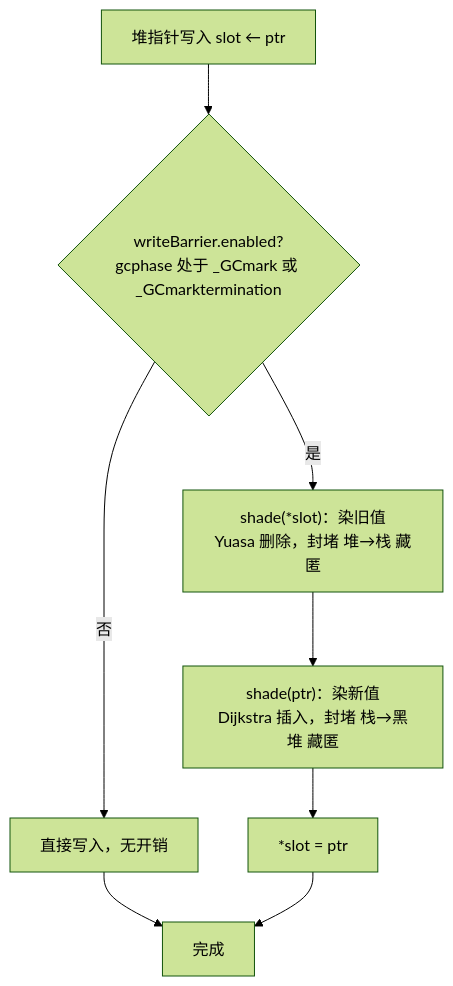
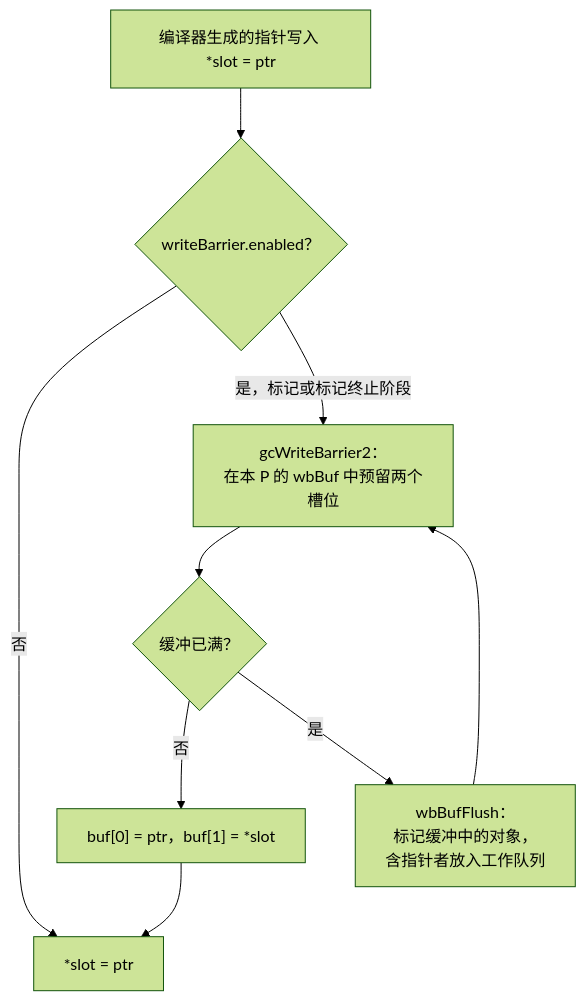
The diagram in book/zh-cn/part4memory/ch13gc/barrier.md (golang-design/under-the-hood), drawn with Mermaid (forest theme) before and after one commit. The commit also changed other lines of this file and 13 other files, not shown here.

````diff
--- a/book/zh-cn/part4memory/ch13gc/barrier.md
+++ b/book/zh-cn/part4memory/ch13gc/barrier.md
@@ -174,10 +230,11 @@
 ```mermaid
 flowchart TD
-    W["堆指针写入 slot ← ptr"] --> EN{"writeBarrier.enabled?<br/>gcphase 处于 _GCmark 或 _GCmarktermination"}
-    EN -->|否| DIRECT["直接写入，无开销"]
-    EN -->|是| SHADE1["shade(*slot)：染旧值<br/>Yuasa 删除，封堵 堆→栈 藏匿"]
-    SHADE1 --> SHADE2["shade(ptr)：染新值<br/>Dijkstra 插入，封堵 栈→黑堆 藏匿"]
-    SHADE2 --> STORE["*slot = ptr"]
-    DIRECT --> DONE["完成"]
-    STORE --> DONE
+    W["编译器生成的指针写入 *slot = ptr"] --> EN{"writeBarrier.enabled？"}
+    EN -->|否| STORE["*slot = ptr"]
+    EN -->|是，标记或标记终止阶段| GET["gcWriteBarrier2：<br/>在本 P 的 wbBuf 中预留两个槽位"]
+    GET --> FULL{"缓冲已满？"}
+    FULL -->|否| PUT["buf[0] = ptr，buf[1] = *slot"]
+    FULL -->|是| FLUSH["wbBufFlush：<br/>标记缓冲中的对象，<br/>含指针者放入工作队列"]
+    FLUSH --> GET
+    PUT --> STORE
 ```
````
